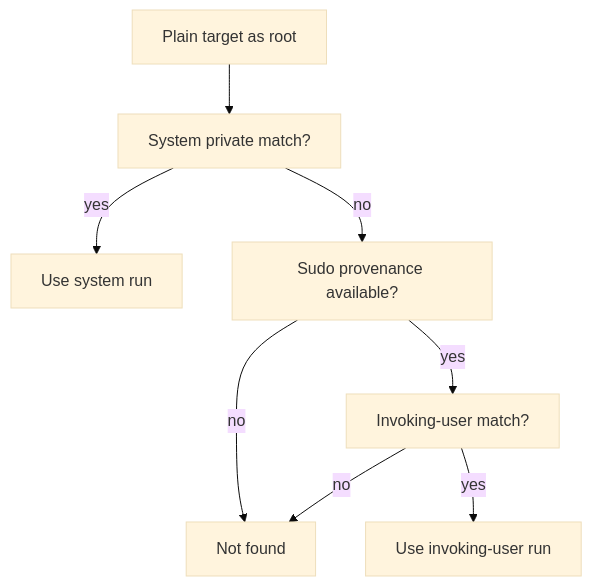
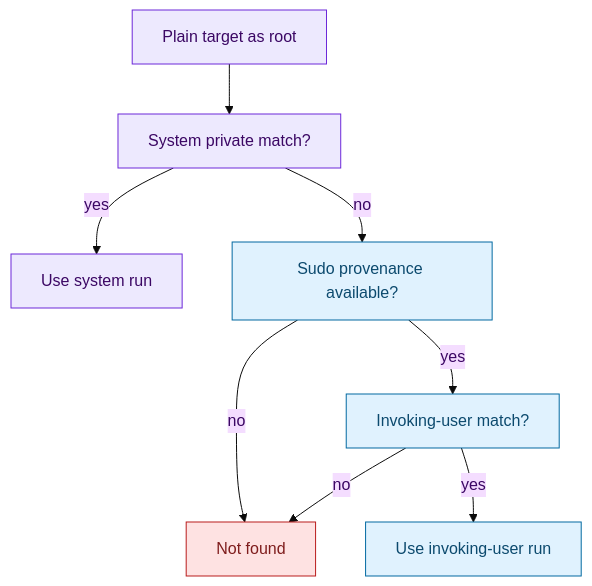
The second of 2 diagrams in docs/target-resolution.md (RchGrav/onhold), drawn with Mermaid (base theme) before and after one commit. The commit also changed other lines of this file and 13 other files, not shown here.

````diff
--- a/docs/target-resolution.md
+++ b/docs/target-resolution.md
@@ -40,10 +51,17 @@
 ```mermaid
 flowchart TD
     Token["Plain target as root"] --> RootMatch["System private match?"]
     RootMatch -->|yes| RootTarget["Use system run"]
     RootMatch -->|no| SudoCtx["Sudo provenance available?"]
     SudoCtx -->|no| NotFound["Not found"]
     SudoCtx -->|yes| UserMatch["Invoking-user match?"]
     UserMatch -->|yes| UserTarget["Use invoking-user run"]
     UserMatch -->|no| NotFound
+
+    classDef root fill:#ede9fe,stroke:#6d28d9,color:#3b0764
+    classDef user fill:#e0f2fe,stroke:#0369a1,color:#0c4a6e
+    classDef miss fill:#fee2e2,stroke:#b91c1c,color:#7f1d1d
+    class Token,RootMatch,RootTarget root
+    class SudoCtx,UserMatch,UserTarget user
+    class NotFound miss
 ```
````
